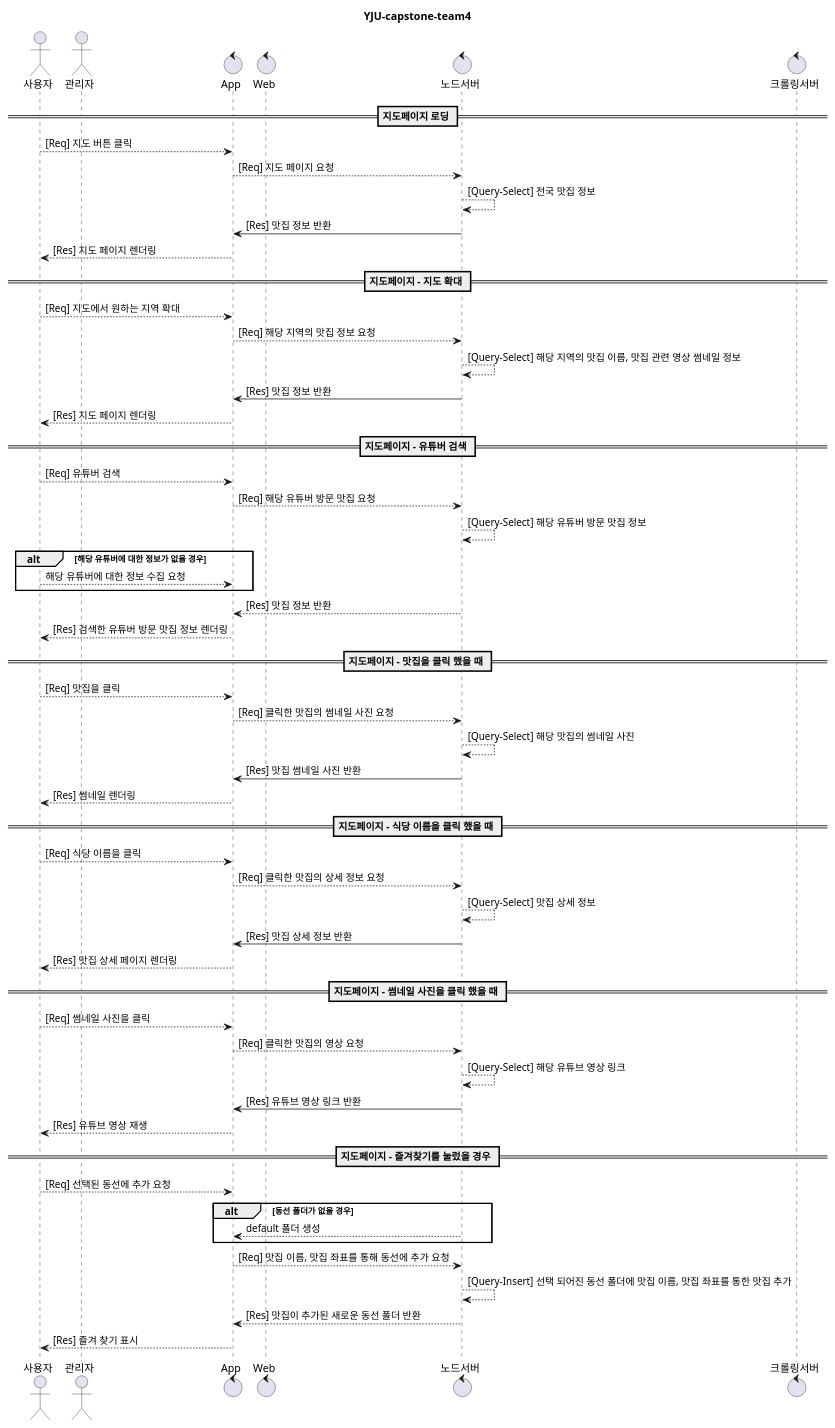
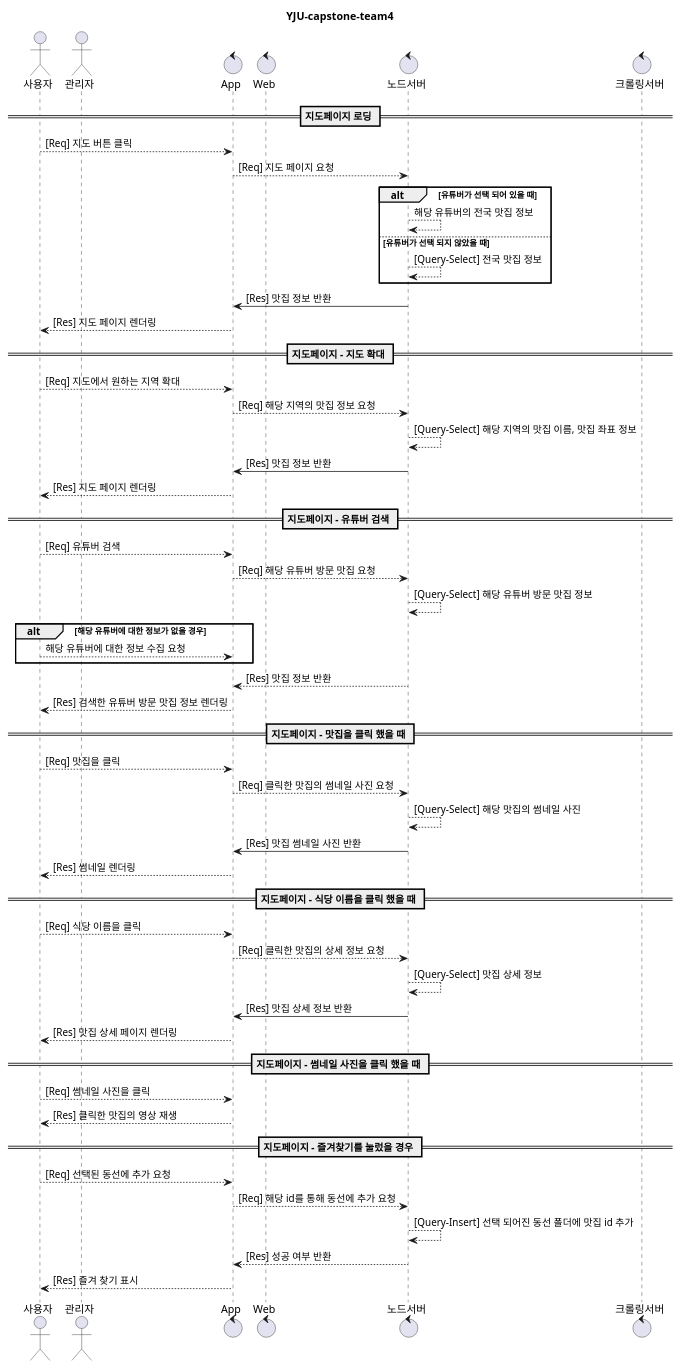
The diagram in six.wsd (YJU-capstone-team4/Node.js-project-Server), drawn with PlantUML before and after one commit. The commit also changed 2 other files, not shown here.

Commit message:
Feature :: 시퀀스다이어그램 수정

```diff
--- a/six.wsd
+++ b/six.wsd
@@ -2,69 +2,67 @@
 @startuml
 
 title YJU-capstone-team4
 
 actor 사용자 as User
 actor 관리자 as Admin
 
 control App
 control Web
 control 노드서버 as Node
 control 크롤링서버 as Lamda
 
 == 지도페이지 로딩 ==
 User --> App : [Req] 지도 버튼 클릭
 App --> Node : [Req] 지도 페이지 요청
-    Node --> Node : [Query-Select] 전국 맛집 정보
+    alt 유튜버가 선택 되어 있을 때
+        Node --> Node : 해당 유튜버의 전국 맛집 정보
+    else 유튜버가 선택 되지 않았을 때
+        Node --> Node : [Query-Select] 전국 맛집 정보
+    end
 Node -> App : [Res] 맛집 정보 반환
 App --> User : [Res] 지도 페이지 렌더링
 
 == 지도페이지 - 지도 확대 ==
 User --> App : [Req] 지도에서 원하는 지역 확대
 App --> Node : [Req] 해당 지역의 맛집 정보 요청
-    Node --> Node : [Query-Select] 해당 지역의 맛집 이름, 맛집 관련 영상 썸네일 정보
+    Node --> Node : [Query-Select] 해당 지역의 맛집 이름, 맛집 좌표 정보
 Node -> App : [Res] 맛집 정보 반환
 App --> User : [Res] 지도 페이지 렌더링
 
 == 지도페이지 - 유튜버 검색 ==
 User --> App : [Req] 유튜버 검색
 App --> Node : [Req] 해당 유튜버 방문 맛집 요청
     Node --> Node : [Query-Select] 해당 유튜버 방문 맛집 정보
         alt 해당 유튜버에 대한 정보가 없을 경우
             User --> App : 해당 유튜버에 대한 정보 수집 요청
         end
 Node --> App : [Res] 맛집 정보 반환
 App --> User : [Res] 검색한 유튜버 방문 맛집 정보 렌더링
 
 
 == 지도페이지 - 맛집을 클릭 했을 때 ==
 User --> App : [Req] 맛집을 클릭
 App --> Node : [Req] 클릭한 맛집의 썸네일 사진 요청
     Node --> Node : [Query-Select] 해당 맛집의 썸네일 사진
 Node -> App : [Res] 맛집 썸네일 사진 반환
 App --> User : [Res] 썸네일 렌더링
 
 == 지도페이지 - 식당 이름을 클릭 했을 때 ==
 User --> App : [Req] 식당 이름을 클릭
 App --> Node : [Req] 클릭한 맛집의 상세 정보 요청
     Node --> Node : [Query-Select] 맛집 상세 정보
 Node -> App : [Res] 맛집 상세 정보 반환
 App --> User : [Res] 맛집 상세 페이지 렌더링
 
 == 지도페이지 - 썸네일 사진을 클릭 했을 때 ==
 User --> App : [Req] 썸네일 사진을 클릭
-App --> Node : [Req] 클릭한 맛집의 영상 요청
-    Node --> Node : [Query-Select] 해당 유튜브 영상 링크
-Node -> App : [Res] 유튜브 영상 링크 반환
-App --> User : [Res] 유튜브 영상 재생
+App --> User : [Res] 클릭한 맛집의 영상 재생
 
 == 지도페이지 - 즐겨찾기를 눌렀을 경우 ==
 User --> App : [Req] 선택된 동선에 추가 요청
-    alt 동선 폴더가 없을 경우
-        Node --> App : default 폴더 생성
-    end
-App --> Node : [Req] 맛집 이름, 맛집 좌표를 통해 동선에 추가 요청
-    Node --> Node : [Query-Insert] 선택 되어진 동선 폴더에 맛집 이름, 맛집 좌표를 통한 맛집 추가
-Node --> App : [Res] 맛집이 추가된 새로운 동선 폴더 반환
+App --> Node : [Req] 해당 id를 통해 동선에 추가 요청
+    Node --> Node : [Query-Insert] 선택 되어진 동선 폴더에 맛집 id 추가
+Node --> App : [Res] 성공 여부 반환
 App --> User : [Res] 즐겨 찾기 표시
 
 @enduml
```
